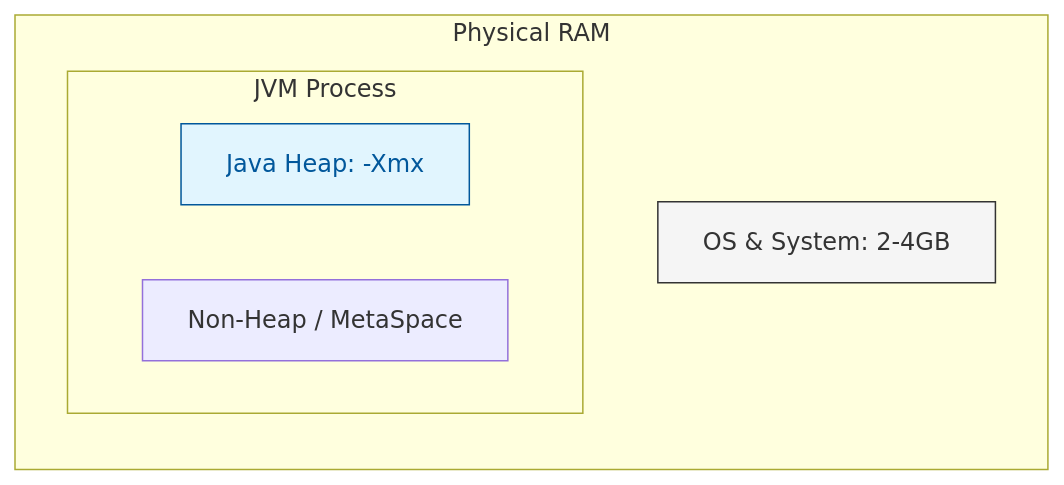
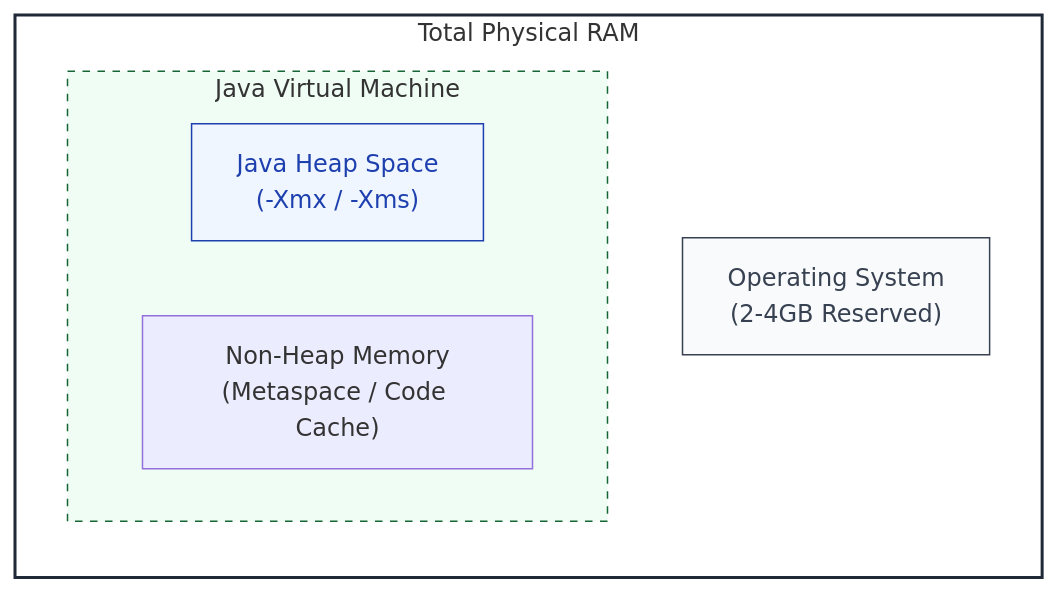
One commit to Earth1283/OpenWiki changed the second of 2 diagrams in docs/source/optimization.rst. Above: the diagram before and after it, drawn with Mermaid. The commit also changed other lines of this file and 5 other files, not shown here.

Commit message:
added more mermaids

```diff
--- a/docs/source/optimization.rst
+++ b/docs/source/optimization.rst
@@ -184,14 +186,17 @@
 .. mermaid::
 
    graph LR
-       subgraph Physical RAM
+       subgraph Physical_RAM [Total Physical RAM]
            direction TB
-           OS[OS & System: 2-4GB]
-           subgraph JVM Process
-               Heap[Java Heap: -Xmx]
-               NonHeap[Non-Heap / MetaSpace]
+           OS["Operating System<br/>(2-4GB Reserved)"]
+           
+           subgraph JVM_Process [Java Virtual Machine]
+               Heap["Java Heap Space<br/>(-Xmx / -Xms)"]
+               NonHeap["Non-Heap Memory<br/>(Metaspace / Code Cache)"]
            end
        end
        
-       style Heap fill:#e1f5fe,stroke:#01579b,color:#01579b
-       style OS fill:#f5f5f5,stroke:#333,color:#333
+       style Heap fill:#eff6ff,stroke:#1e40af,color:#1e40af
+       style OS fill:#f9fafb,stroke:#374151,color:#374151
+       style JVM_Process fill:#f0fdf4,stroke:#166534,stroke-dasharray: 5 5
+       style Physical_RAM fill:#ffffff,stroke:#1f2937,stroke-width:2px
```
